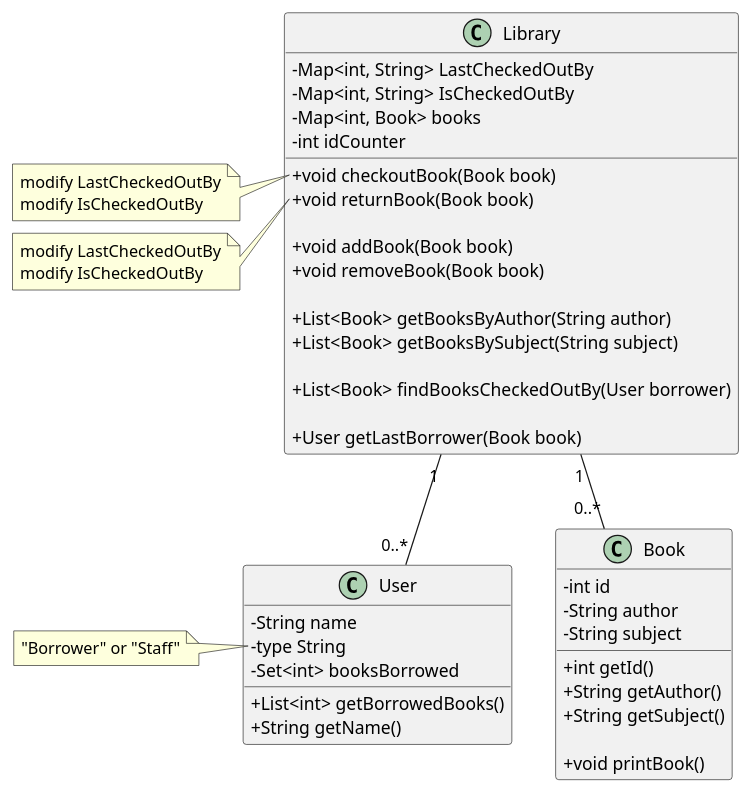
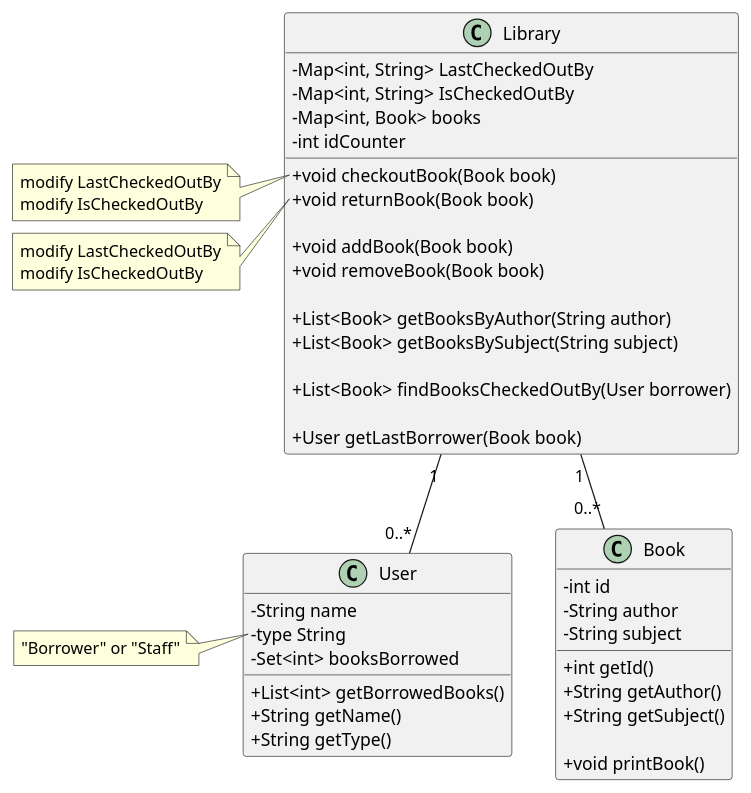
One commit to MarkLai0317/Software-Engineering-Midterm changed the diagram in uml/uml-2.puml. Above: the diagram before and after it, drawn with PlantUML.

Commit message:
update gettype of User

```diff
--- a/uml/uml-2.puml
+++ b/uml/uml-2.puml
@@ -1,64 +1,65 @@
 @startuml
 skinparam classAttributeIconSize 0
 
 class Book{
     -int id
     -String author
     -String subject
 
     +int getId()
     +String getAuthor()
     +String getSubject()
 
     +void printBook()
 }
 
 class User{
     -String name
     -type String
     -Set<int> booksBorrowed
     +List<int> getBorrowedBooks()
     +String getName()
+    +String getType()
 }
 note left of User::type
     "Borrower" or "Staff"
 end note
 
 
 class Library{
 
     'store last borrower of a book'
     -Map<int, String> LastCheckedOutBy 
     -Map<int, String> IsCheckedOutBy
     -Map<int, Book> books
     -int idCounter
 
 
     +void checkoutBook(Book book)
     +void returnBook(Book book)
 
     +void addBook(Book book)
     +void removeBook(Book book)
 
     +List<Book> getBooksByAuthor(String author)
     +List<Book> getBooksBySubject(String subject)
 
     +List<Book> findBooksCheckedOutBy(User borrower)
 
     +User getLastBorrower(Book book)
 
 }
 
 Library "1" -- "0..*" Book
 Library "1" -- "0..*" User
 
 note left of  Library::checkoutBook
     modify LastCheckedOutBy
     modify IsCheckedOutBy
 end note
 
 note left of  Library::returnBook
     modify LastCheckedOutBy
     modify IsCheckedOutBy
 end note
 @enduml
```
